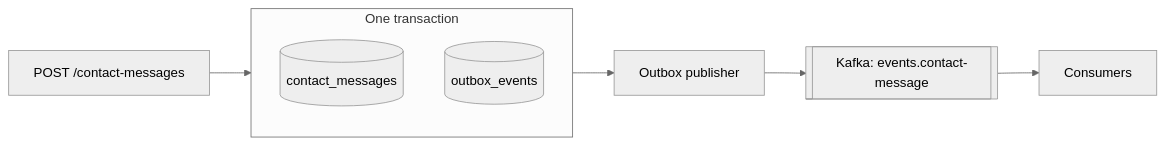
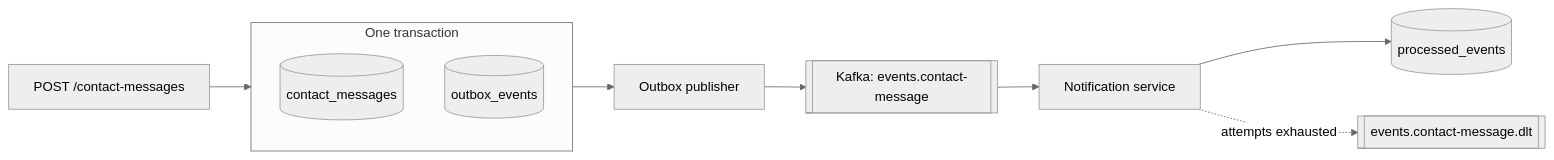
One commit to mggokmen/mustafagokselgokmen changed the third of 6 diagrams in docs/architecture.md. Above: the diagram before and after it, drawn with Mermaid (neutral theme). The commit also changed other lines of this file and 48 other files, not shown here.

First line of the commit message:
feat(notification): notify on contact message events in a separate service

````diff
--- a/docs/architecture.md
+++ b/docs/architecture.md
@@ -99,11 +104,13 @@
 ```mermaid
 flowchart LR
     request[POST /contact-messages] --> tx
     subgraph tx[One transaction]
         message[(contact_messages)]
         event[(outbox_events)]
     end
     tx --> publisher[Outbox publisher]
     publisher --> kafka[[Kafka: events.contact-message]]
-    kafka --> consumers[Consumers]
+    kafka --> notification[Notification service]
+    notification --> processed[(processed_events)]
+    notification -.->|attempts exhausted| dlt[[events.contact-message.dlt]]
 ```
````
